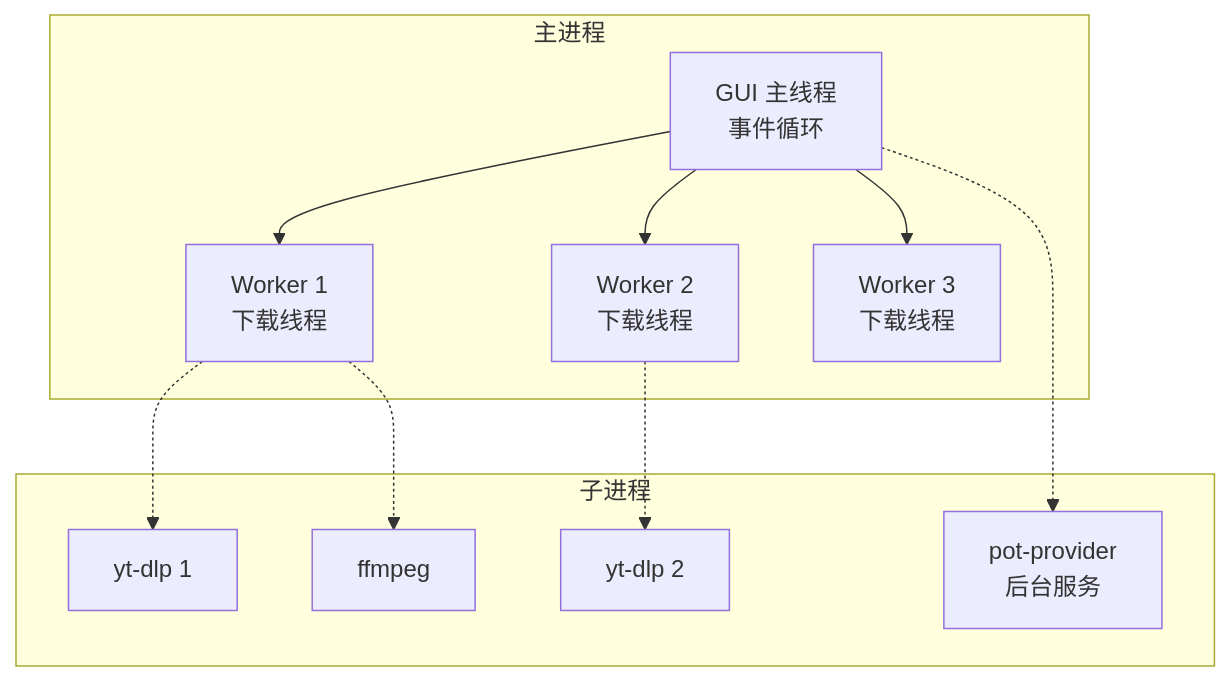
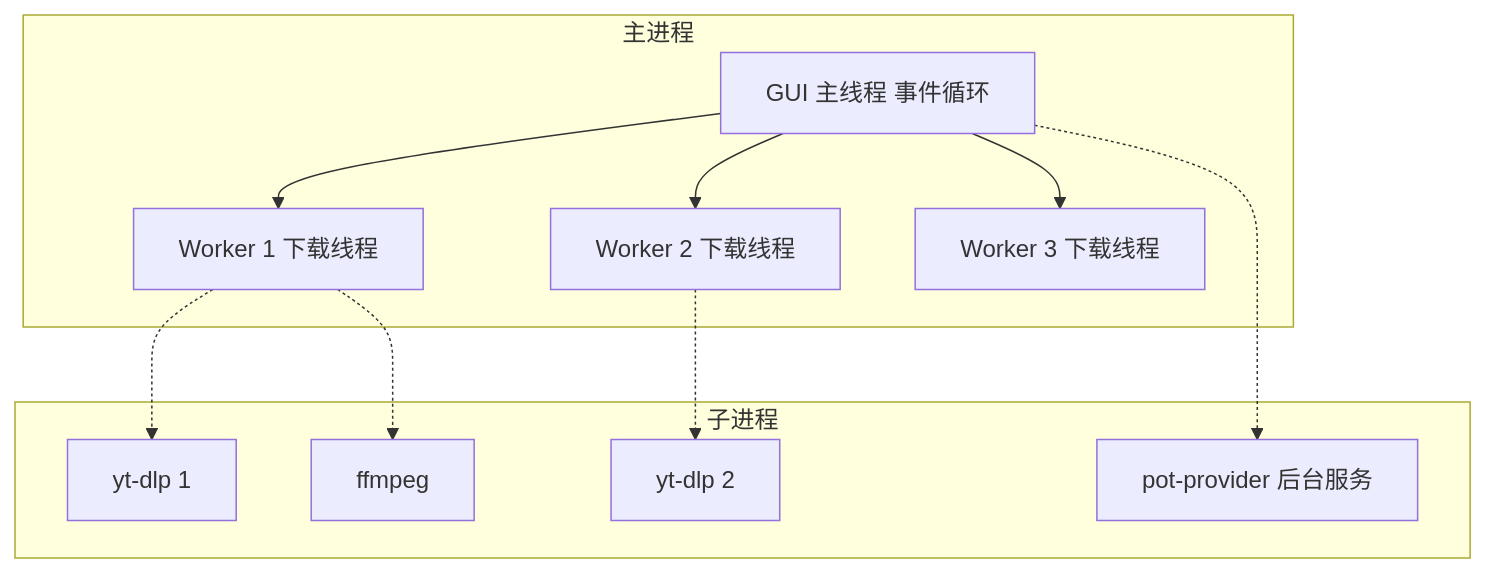
Diagram 21 of 24 in docs/ARCHITECTURE.md (prideicker/FluentYTDL), drawn with Mermaid before and after one commit. The commit also changed other lines of this file, not shown here.

Commit message:
fix: 修复所有 Mermaid 图表 GitHub 渲染问题 (移除 br 标签和特殊字符)

````diff
--- a/docs/ARCHITECTURE.md
+++ b/docs/ARCHITECTURE.md
@@ -1214,24 +1214,24 @@
 ```mermaid
 graph TB
     subgraph MainProcess["主进程"]
-        GUI[GUI 主线程<br/>事件循环]
-        W1[Worker 1<br/>下载线程]
-        W2[Worker 2<br/>下载线程]
-        W3[Worker 3<br/>下载线程]
+        GUI["GUI 主线程 事件循环"]
+        W1["Worker 1 下载线程"]
+        W2["Worker 2 下载线程"]
+        W3["Worker 3 下载线程"]
     end
     
     subgraph SubProcesses["子进程"]
-        YTDLP1[yt-dlp 1]
-        YTDLP2[yt-dlp 2]
-        FFMPEG[ffmpeg]
-        POT[pot-provider<br/>后台服务]
+        YTDLP1["yt-dlp 1"]
+        YTDLP2["yt-dlp 2"]
+        FFMPEG["ffmpeg"]
+        POT["pot-provider 后台服务"]
     end
     
     GUI --> W1
     GUI --> W2
     GUI --> W3
     GUI -.-> POT
     W1 -.-> YTDLP1
     W2 -.-> YTDLP2
     W1 -.-> FFMPEG
 ```
````
